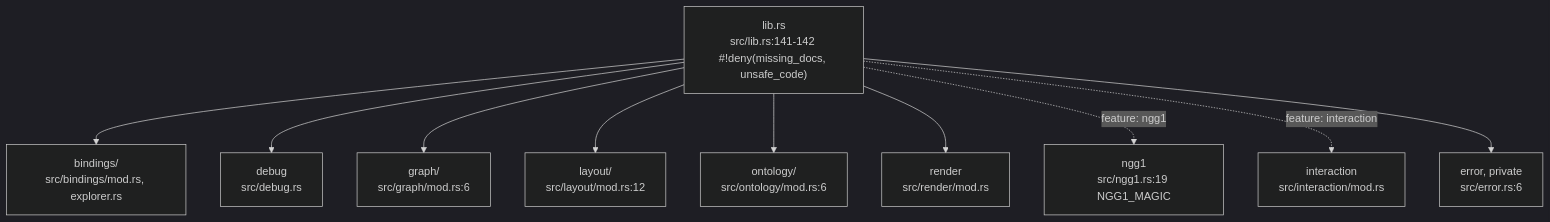
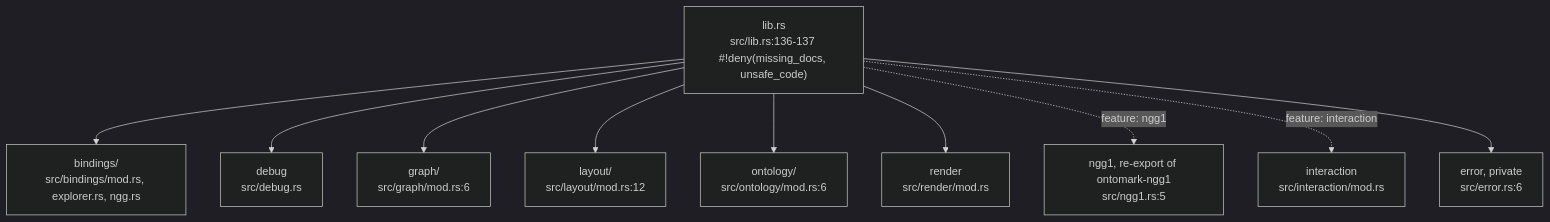
One commit to DreamLab-AI/VisionFlow changed the first of 6 diagrams in docs/diagrams/vowl-wasm/01-crate-composition-and-wasm-boundary.md. Above: the diagram before and after it, drawn with Mermaid (dark theme). The commit also changed other lines of this file and 160 other files, not shown here.

````diff
--- a/docs/diagrams/vowl-wasm/01-crate-composition-and-wasm-boundary.md
+++ b/docs/diagrams/vowl-wasm/01-crate-composition-and-wasm-boundary.md
@@ -27,13 +30,13 @@
 ```mermaid
 flowchart TB
-    LIB["lib.rs<br/>src/lib.rs:141-142 #!deny(missing_docs, unsafe_code)"]
-    LIB --> BIND["bindings/<br/>src/bindings/mod.rs, explorer.rs"]
+    LIB["lib.rs<br/>src/lib.rs:136-137 #!deny(missing_docs, unsafe_code)"]
+    LIB --> BIND["bindings/<br/>src/bindings/mod.rs, explorer.rs, ngg.rs"]
     LIB --> DEBUG["debug<br/>src/debug.rs"]
     LIB --> GRAPH["graph/<br/>src/graph/mod.rs:6"]
     LIB --> LAYOUT["layout/<br/>src/layout/mod.rs:12"]
     LIB --> ONT["ontology/<br/>src/ontology/mod.rs:6"]
     LIB --> RENDER["render<br/>src/render/mod.rs"]
-    LIB -. "feature: ngg1" .-> NGG1["ngg1<br/>src/ngg1.rs:19 NGG1_MAGIC"]
+    LIB -. "feature: ngg1" .-> NGG1["ngg1, re-export of ontomark-ngg1<br/>src/ngg1.rs:5"]
     LIB -. "feature: interaction" .-> INTER["interaction<br/>src/interaction/mod.rs"]
     LIB --> ERR["error, private<br/>src/error.rs:6"]
 ```
````
